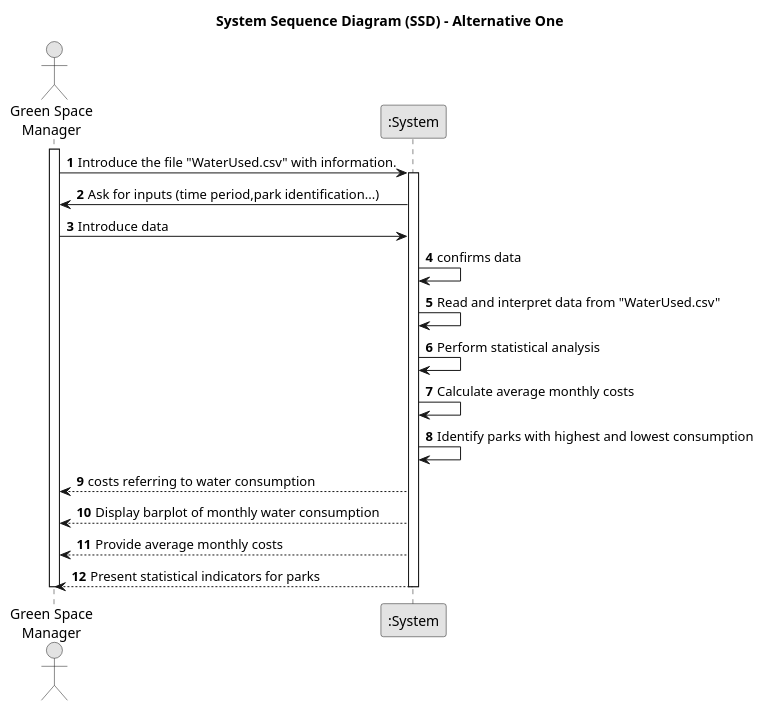
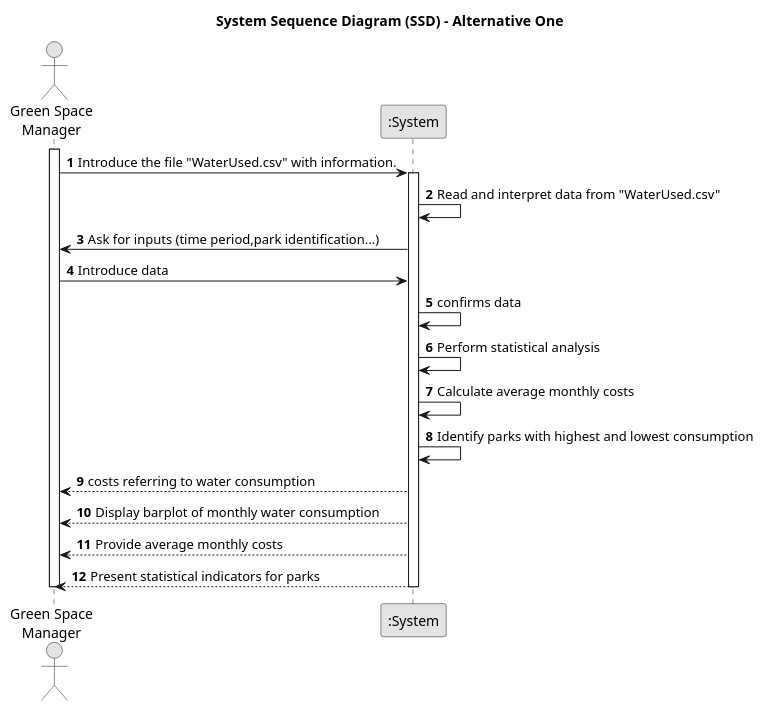
Before and after one commit to SAEmanuel/Green_Spaces_Management_ISEP: the diagram in docs/sprintB/us009/01.requirements-engineering/puml/us009-system-sequence-diagram-alternative-one.puml, drawn with PlantUML. The commit also changed 2 other files, not shown here.

```diff
--- a/docs/sprintB/us009/01.requirements-engineering/puml/us009-system-sequence-diagram-alternative-one.puml
+++ b/docs/sprintB/us009/01.requirements-engineering/puml/us009-system-sequence-diagram-alternative-one.puml
@@ -1,32 +1,34 @@
 @startuml
 skinparam monochrome true
 skinparam packageStyle rectangle
 skinparam shadowing false
 
 title System Sequence Diagram (SSD) - Alternative One
 
 autonumber
 
 actor "Green Space\nManager" as gsm
 participant ":System" as System
 
         activate gsm
 
         gsm -> System: Introduce the file "WaterUsed.csv" with information.
         activate System
+        System -> System : Read and interpret data from "WaterUsed.csv"
+
+
 
         System -> gsm: Ask for inputs (time period,park identification...)
         gsm -> System : Introduce data
         System -> System : confirms data
-        System -> System : Read and interpret data from "WaterUsed.csv"
         System -> System: Perform statistical analysis
         System -> System: Calculate average monthly costs
         System -> System: Identify parks with highest and lowest consumption
         System --> gsm: costs referring to water consumption
         System --> gsm: Display barplot of monthly water consumption
         System --> gsm: Provide average monthly costs
         System --> gsm: Present statistical indicators for parks
 
         deactivate System
         deactivate gsm
 @enduml
```
